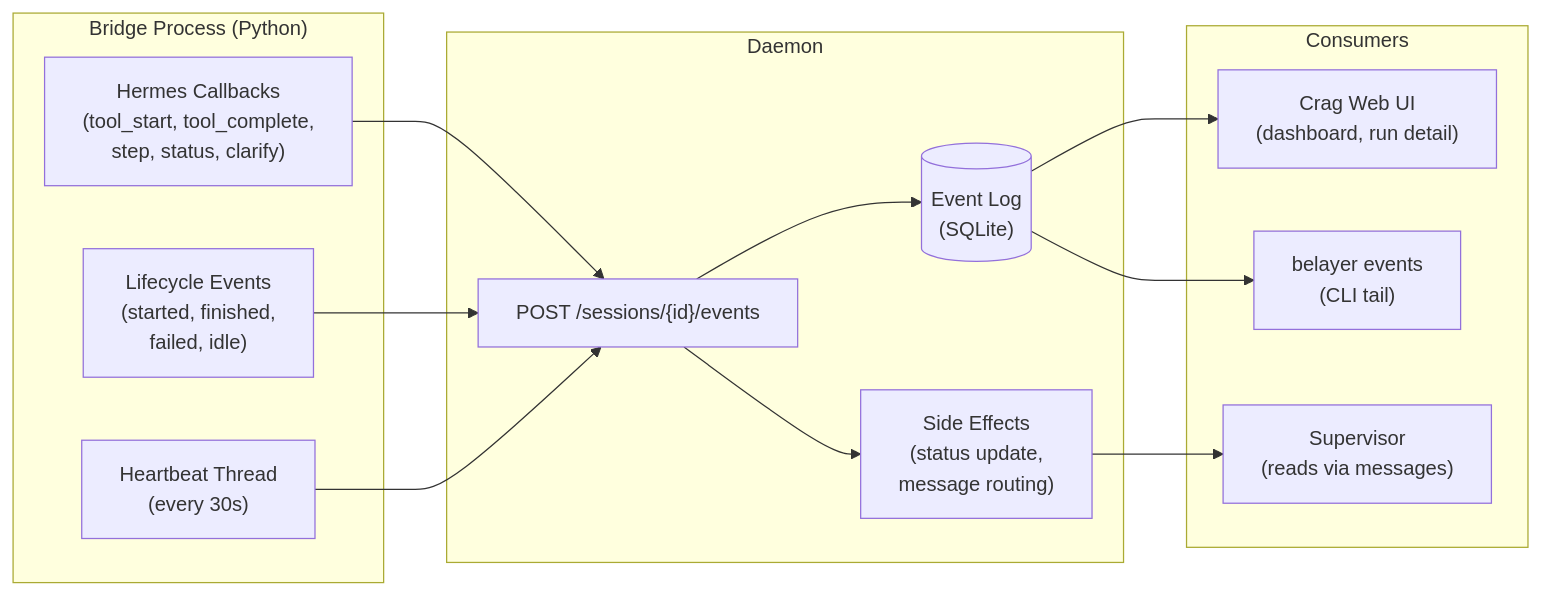
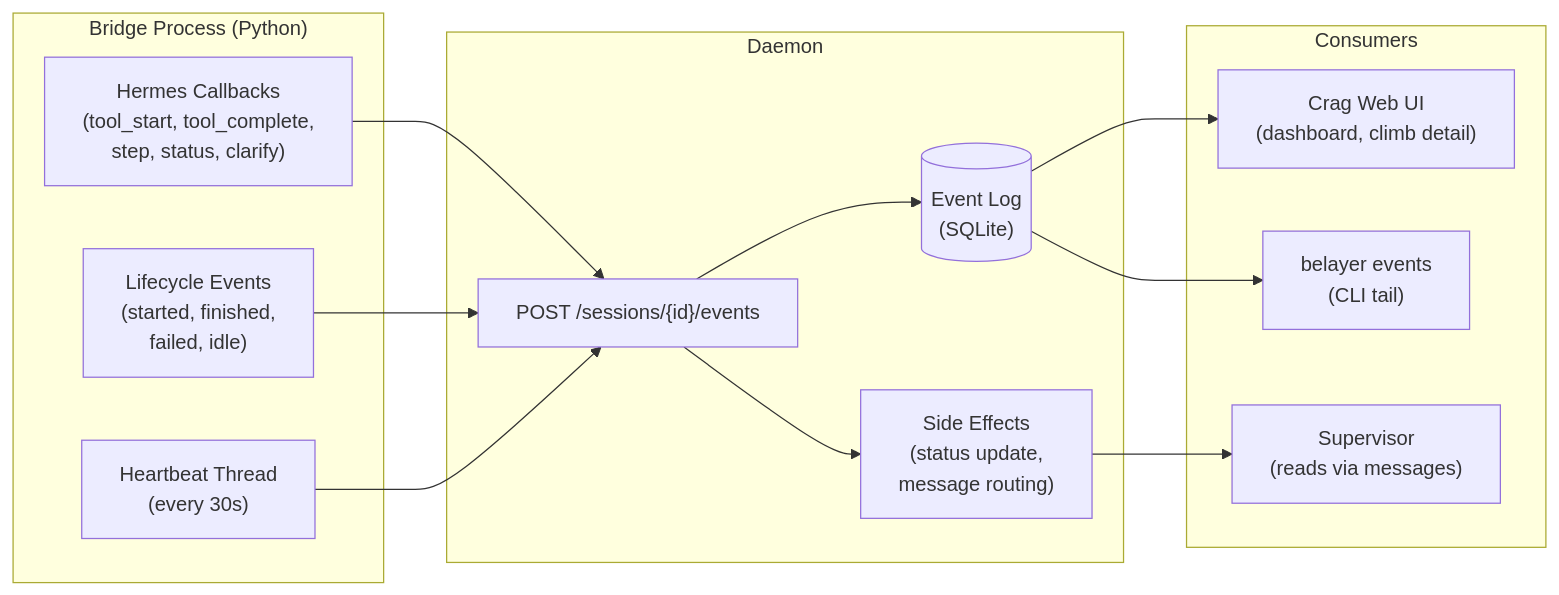
Before and after one commit to donovan-yohan/belayer: the eighth of 12 diagrams in docs/AGENT_ARCHITECTURE.md, drawn with Mermaid. The commit also changed other lines of this file and 54 other files, not shown here.

````diff
--- a/docs/AGENT_ARCHITECTURE.md
+++ b/docs/AGENT_ARCHITECTURE.md
@@ -392,29 +392,29 @@
 ```mermaid
 flowchart LR
     subgraph bridge["Bridge Process (Python)"]
         callbacks["Hermes Callbacks\n(tool_start, tool_complete,\nstep, status, clarify)"]
         lifecycle["Lifecycle Events\n(started, finished,\nfailed, idle)"]
         heartbeat["Heartbeat Thread\n(every 30s)"]
     end
 
     subgraph daemon["Daemon"]
         events_api["POST /sessions/{id}/events"]
         event_store[("Event Log\n(SQLite)")]
         side_effects["Side Effects\n(status update,\nmessage routing)"]
     end
 
     subgraph consumers["Consumers"]
-        crag["Crag Web UI\n(dashboard, run detail)"]
+        crag["Crag Web UI\n(dashboard, climb detail)"]
         cli["belayer events\n(CLI tail)"]
         supervisor_obs["Supervisor\n(reads via messages)"]
     end
 
     callbacks --> events_api
     lifecycle --> events_api
     heartbeat --> events_api
     events_api --> event_store
     events_api --> side_effects
     event_store --> crag
     event_store --> cli
     side_effects --> supervisor_obs
 ```
````
